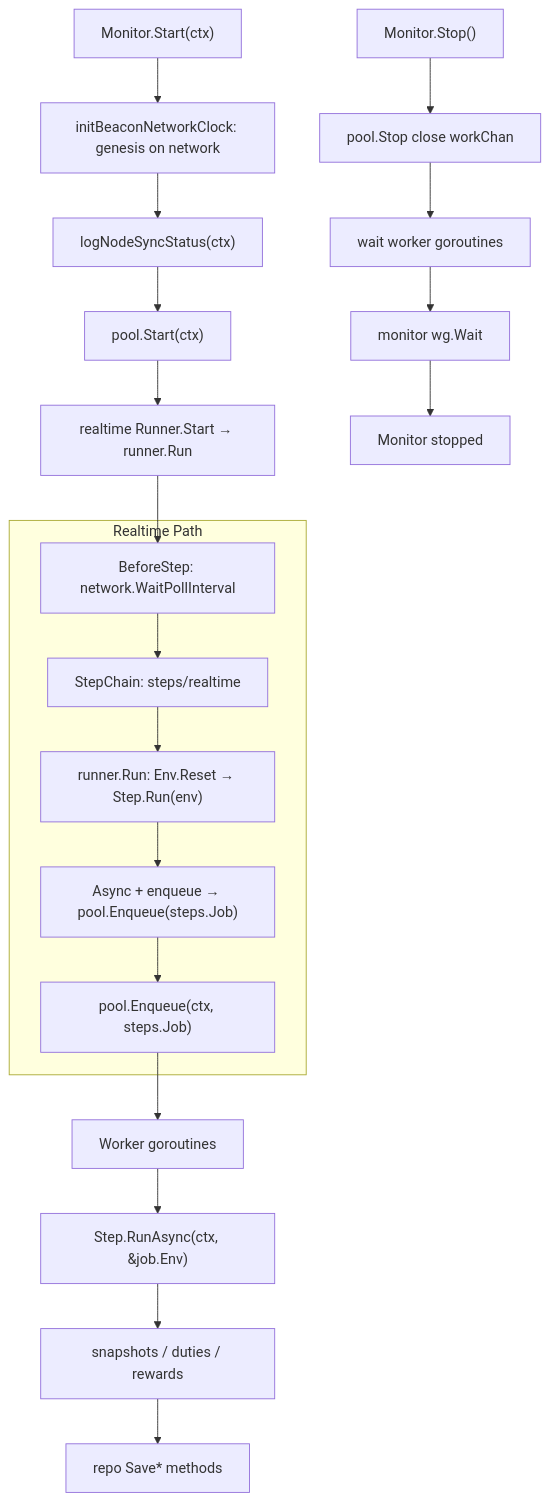
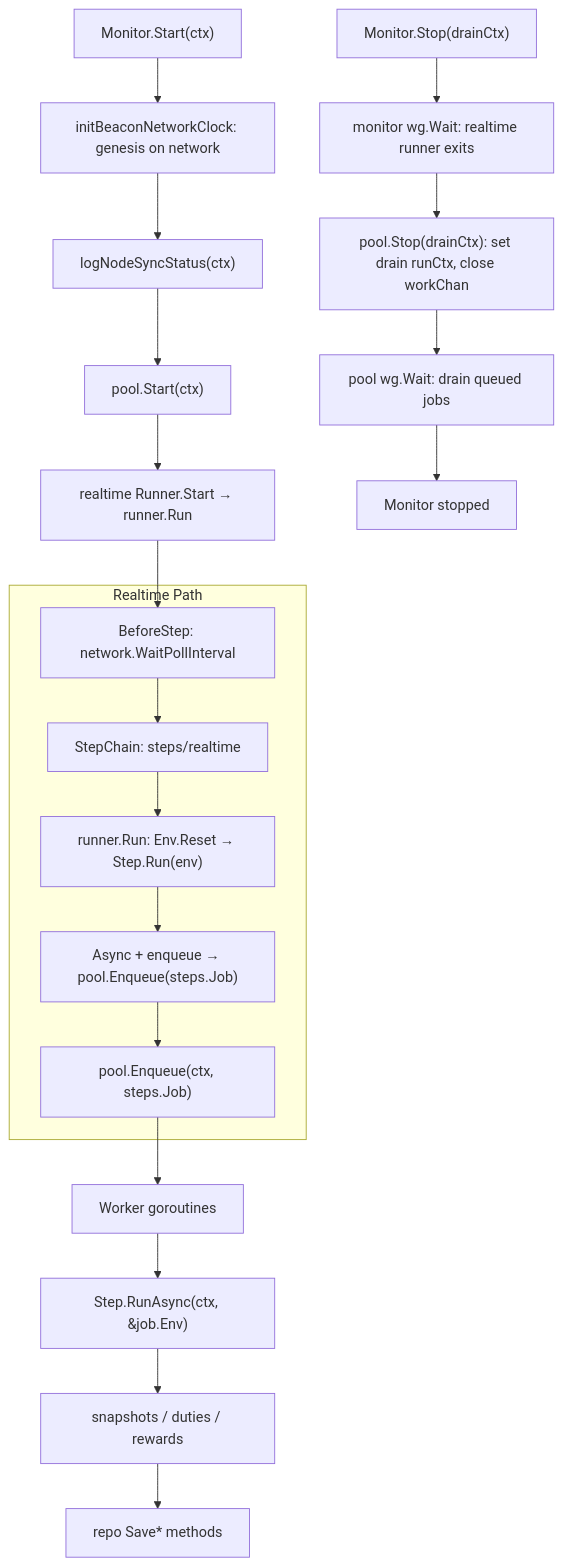
One commit to tharun-p/pauli changed the first of 3 diagrams in doc/monitor-e2e-flow.md. Above: the diagram before and after it, drawn with Mermaid. The commit also changed other lines of this file and 12 other files, not shown here.

First line of the commit message:
fix(ops): http retries, graceful pool drain, production logging

````diff
--- a/doc/monitor-e2e-flow.md
+++ b/doc/monitor-e2e-flow.md
@@ -5,25 +5,25 @@
 ```mermaid
 flowchart TD
   Start["Monitor.Start(ctx)"] --> InitSched["initBeaconNetworkClock: genesis on network"]
   InitSched --> NodeSync["logNodeSyncStatus(ctx)"]
   NodeSync --> StartWorkers["pool.Start(ctx)"]
   StartWorkers --> StartRealtime["realtime Runner.Start → runner.Run"]
   StartRealtime --> RTWait
 
   subgraph realtimePath [Realtime Path]
     RTWait["BeforeStep: network.WaitPollInterval"] --> RTChain["StepChain: steps/realtime"]
     RTDrainEnv["runner.Run: Env.Reset → Step.Run(env)"] --> RTDrain["Async + enqueue → pool.Enqueue(steps.Job)"]
     RTChain --> RTDrainEnv
     RTDrain --> Enqueue
   end
 
   Enqueue["pool.Enqueue(ctx, steps.Job)"] --> WorkerN[Worker goroutines]
   WorkerN --> Process["Step.RunAsync(ctx, &job.Env)"]
   Process --> Snap["snapshots / duties / rewards"]
   Snap --> Repo[repo Save* methods]
 
-  Stop["Monitor.Stop()"] --> CloseJobs["pool.Stop close workChan"]
-  CloseJobs --> WaitWorkers[wait worker goroutines]
-  WaitWorkers --> WaitAll["monitor wg.Wait"]
-  WaitAll --> endNode[Monitor stopped]
+  Stop["Monitor.Stop(drainCtx)"] --> WaitRt["monitor wg.Wait: realtime runner exits"]
+  WaitRt --> CloseJobs["pool.Stop(drainCtx): set drain runCtx, close workChan"]
+  CloseJobs --> WaitWorkers["pool wg.Wait: drain queued jobs"]
+  WaitWorkers --> endNode[Monitor stopped]
 ```
````
